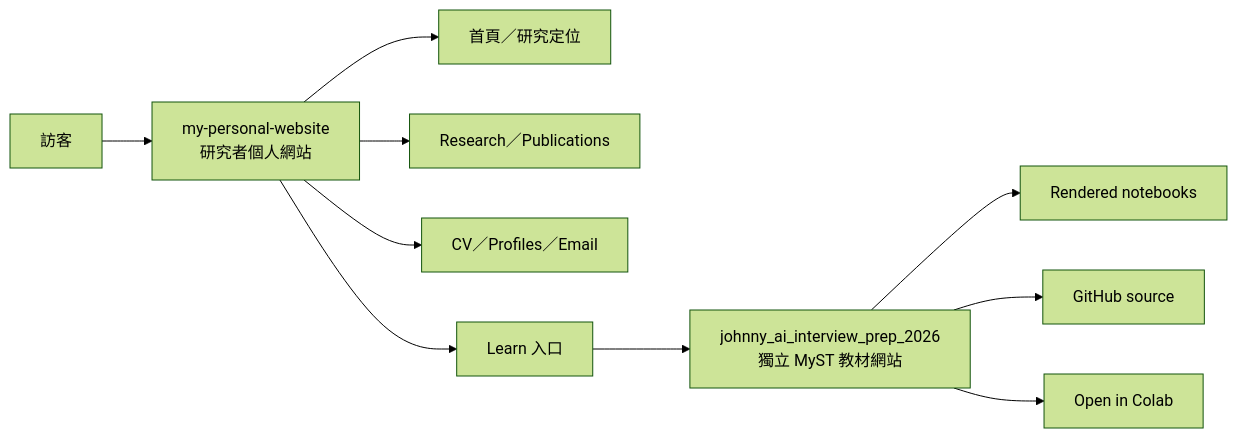
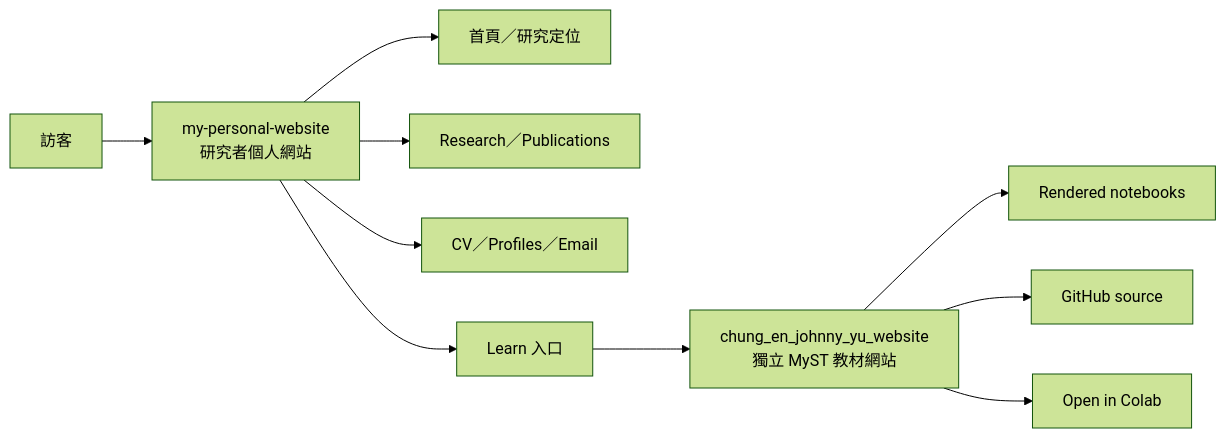
One commit to chungenyu6/my-personal-website changed the first of 2 diagrams in README.md. Above: the diagram before and after it, drawn with Mermaid (forest theme). The commit also changed other lines of this file and 6 other files, not shown here.

````diff
--- a/README.md
+++ b/README.md
@@ -15,12 +15,12 @@
 ```mermaid
 flowchart LR
     V["訪客"] --> P["my-personal-website<br>研究者個人網站"]
     P --> H["首頁／研究定位"]
     P --> R["Research／Publications"]
     P --> C["CV／Profiles／Email"]
     P --> L["Learn 入口"]
-    L --> M["johnny_ai_interview_prep_2026<br>獨立 MyST 教材網站"]
+    L --> M["chung_en_johnny_yu_website<br>獨立 MyST 教材網站"]
     M --> N["Rendered notebooks"]
     M --> G["GitHub source"]
     M --> B["Open in Colab"]
 ```
````
